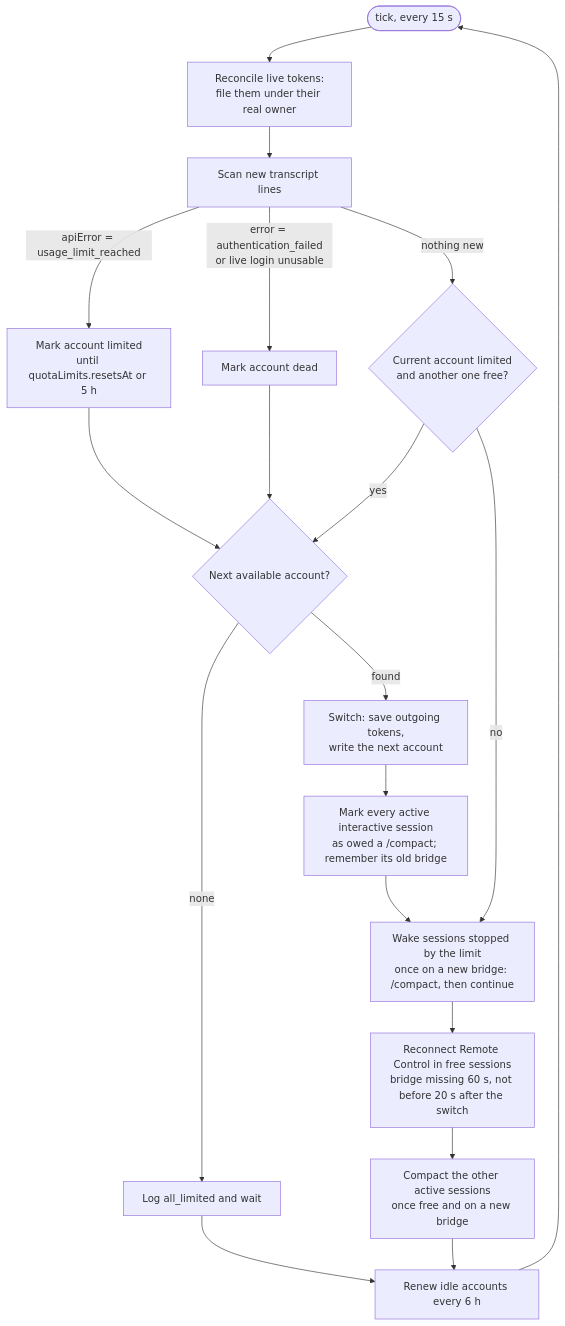
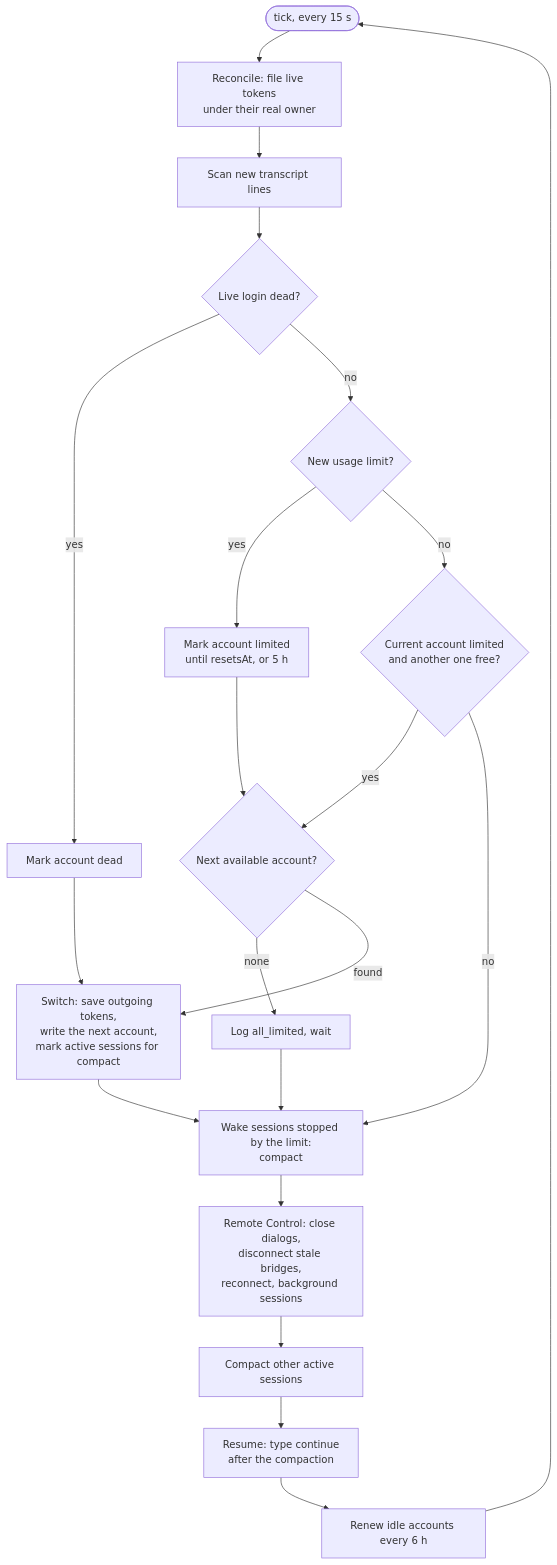
Before and after one commit to DBC-Juanma/claude-rotate: the first of 2 diagrams in README.md, drawn with Mermaid. The commit also changed other lines of this file, not shown here.

````diff
--- a/README.md
+++ b/README.md
@@ -32,21 +43,20 @@
 ```mermaid
 flowchart TD
-    T([tick, every 15 s]) --> R[Reconcile live tokens:<br/>file them under their real owner]
-    R --> S[Scan new transcript lines]
-    S -->|apiError = usage_limit_reached| L[Mark account limited<br/>until quotaLimits.resetsAt or 5 h]
-    S -->|error = authentication_failed<br/>or live login unusable| D[Mark account dead]
-    S -->|nothing new| V{Current account limited<br/>and another one free?}
-    L --> N{Next available account?}
-    D --> N
-    V -->|yes| N
-    V -->|no| W
-    N -->|none| A[Log all_limited and wait]
-    N -->|found| SW[Switch: save outgoing tokens,<br/>write the next account]
-    SW --> M[Mark every active interactive session<br/>as owed a /compact; remember its old bridge]
-    M --> W[Wake sessions stopped by the limit<br/>once on a new bridge: /compact, then continue]
-    W --> RC[Reconnect Remote Control in free sessions<br/>bridge missing 60 s, not before 20 s after the switch]
-    RC --> SU[Compact the other active sessions<br/>once free and on a new bridge]
-    SU --> RN[Renew idle accounts every 6 h]
-    A --> RN
+    T(["tick, every 15 s"]) --> R["Reconcile: file live tokens<br/>under their real owner"]
+    R --> S["Scan new transcript lines"]
+    S --> D{"Live login dead?"}
+    D -->|yes| DD["Mark account dead"] --> SW
+    D -->|no| L{"New usage limit?"}
+    L -->|yes| LM["Mark account limited<br/>until resetsAt, or 5 h"] --> N
+    L -->|no| RV{"Current account limited<br/>and another one free?"}
+    RV -->|yes| N
+    RV -->|no| W
+    N{"Next available account?"} -->|none| A["Log all_limited, wait"] --> W
+    N -->|found| SW["Switch: save outgoing tokens,<br/>write the next account,<br/>mark active sessions for compact"]
+    SW --> W["Wake sessions stopped by the limit:<br/>compact"]
+    W --> RC["Remote Control: close dialogs,<br/>disconnect stale bridges,<br/>reconnect, background sessions"]
+    RC --> C["Compact other active sessions"]
+    C --> RS["Resume: type continue<br/>after the compaction"]
+    RS --> RN["Renew idle accounts every 6 h"]
     RN --> T
 ```
````
